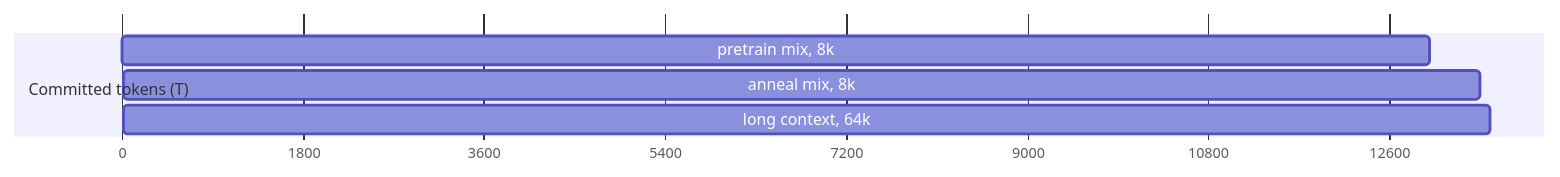
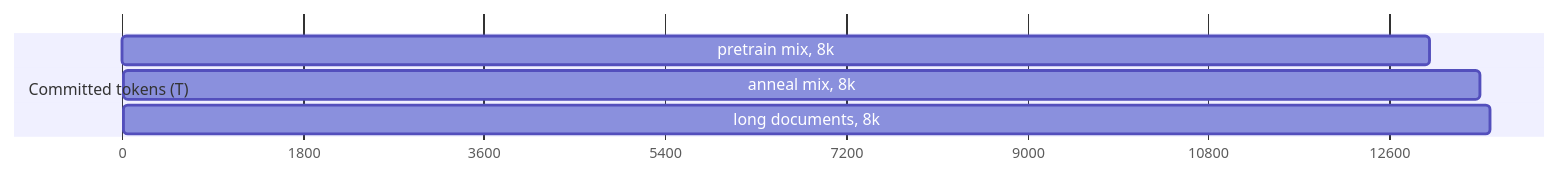
One commit to AshishKumar4/dew changed the fourth of 6 diagrams in docs/design/data.md. Above: the diagram before and after it, drawn with Mermaid. The commit also changed other lines of this file and 4 other files, not shown here.

````diff
--- a/docs/design/data.md
+++ b/docs/design/data.md
@@ -231,9 +231,9 @@
 ```mermaid
 gantt
   dateFormat X
   axisFormat %s
   section Committed tokens (T)
   pretrain mix, 8k      :0, 13000
   anneal mix, 8k        :13000, 13500
-  long context, 64k     :13500, 13600
+  long documents, 8k    :13500, 13600
 ```
````
